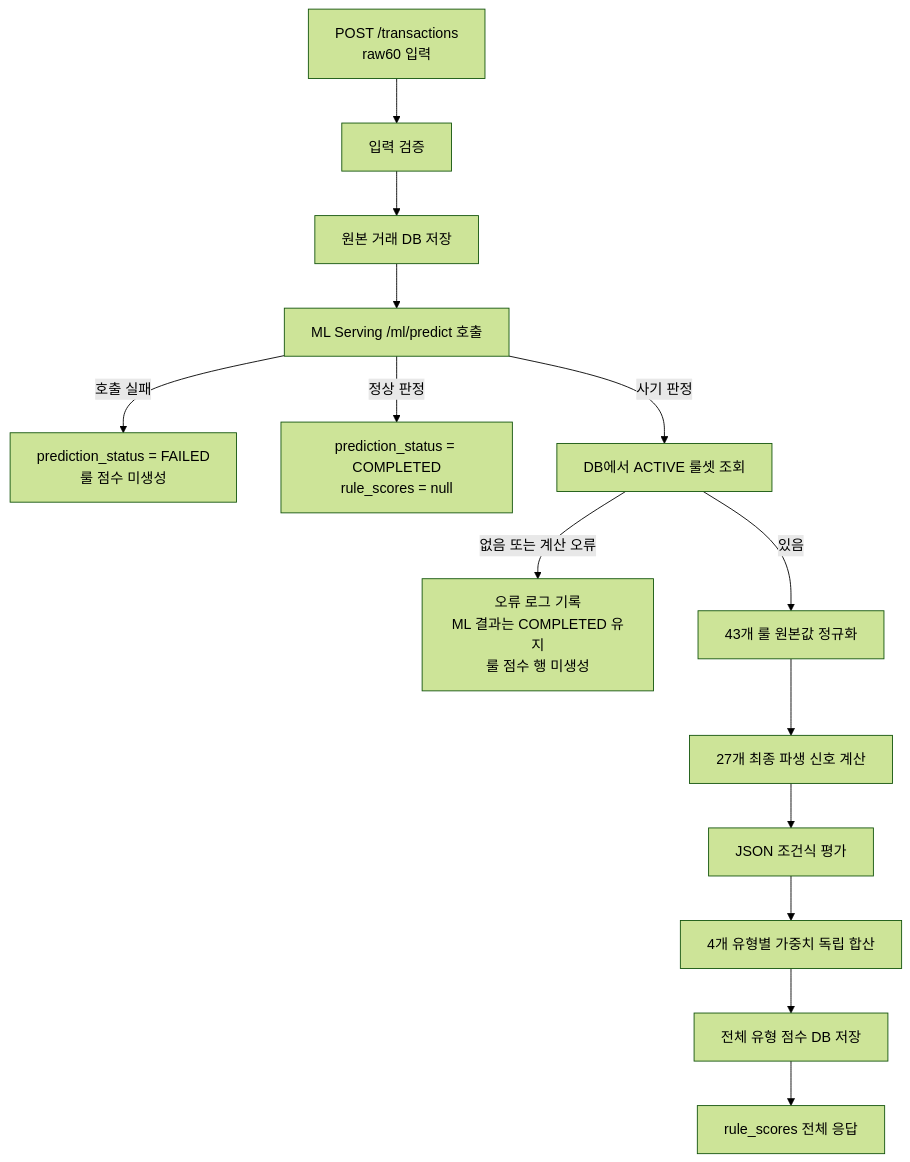
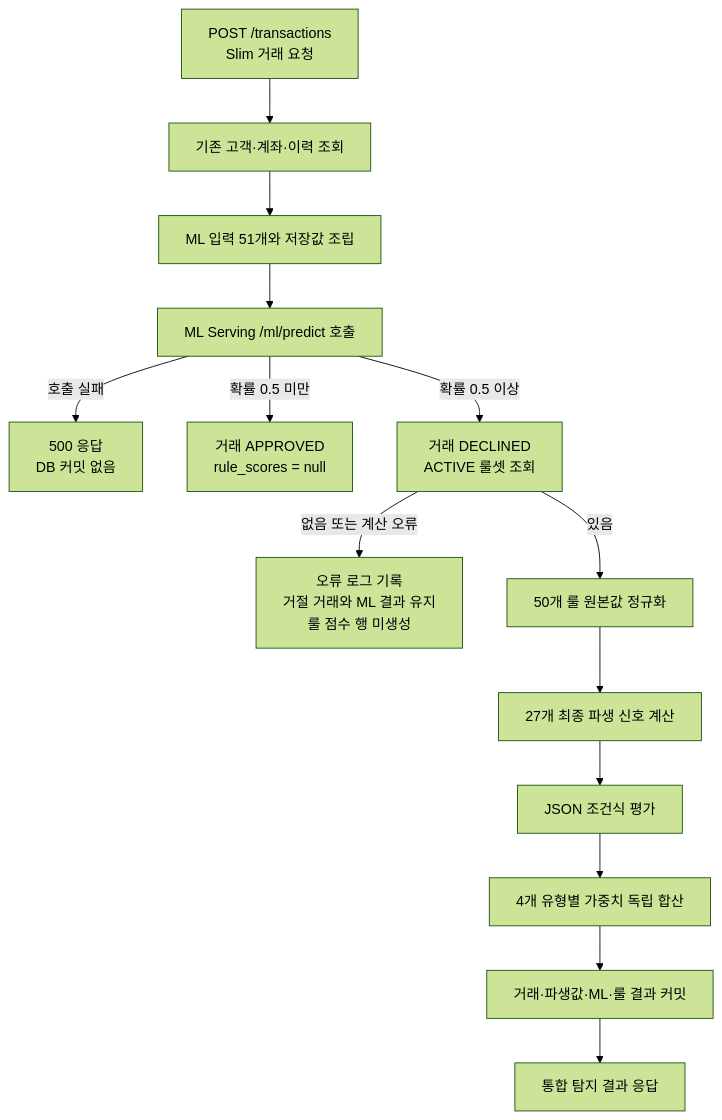
Before and after one commit to RunningMachine5/backend: the diagram in docs/fraud-rule-scoring.md, drawn with Mermaid (forest theme). The commit also changed other lines of this file, not shown here.

````diff
--- a/docs/fraud-rule-scoring.md
+++ b/docs/fraud-rule-scoring.md
@@ -16,18 +18,18 @@
 ```mermaid
 flowchart TD
-    A["POST /transactions<br/>raw60 입력"] --> B["입력 검증"]
-    B --> C["원본 거래 DB 저장"]
+    A["POST /transactions<br/>Slim 거래 요청"] --> B["기존 고객·계좌·이력 조회"]
+    B --> C["ML 입력 51개와 저장값 조립"]
     C --> D["ML Serving /ml/predict 호출"]
 
-    D -->|"호출 실패"| E["prediction_status = FAILED<br/>룰 점수 미생성"]
-    D -->|"정상 판정"| F["prediction_status = COMPLETED<br/>rule_scores = null"]
-    D -->|"사기 판정"| G["DB에서 ACTIVE 룰셋 조회"]
+    D -->|"호출 실패"| E["500 응답<br/>DB 커밋 없음"]
+    D -->|"확률 0.5 미만"| F["거래 APPROVED<br/>rule_scores = null"]
+    D -->|"확률 0.5 이상"| G["거래 DECLINED<br/>ACTIVE 룰셋 조회"]
 
-    G -->|"없음 또는 계산 오류"| H["오류 로그 기록<br/>ML 결과는 COMPLETED 유지<br/>룰 점수 행 미생성"]
-    G -->|"있음"| I["43개 룰 원본값 정규화"]
+    G -->|"없음 또는 계산 오류"| H["오류 로그 기록<br/>거절 거래와 ML 결과 유지<br/>룰 점수 행 미생성"]
+    G -->|"있음"| I["50개 룰 원본값 정규화"]
     I --> J["27개 최종 파생 신호 계산"]
     J --> K["JSON 조건식 평가"]
     K --> L["4개 유형별 가중치 독립 합산"]
-    L --> M["전체 유형 점수 DB 저장"]
-    M --> N["rule_scores 전체 응답"]
+    L --> M["거래·파생값·ML·룰 결과 커밋"]
+    M --> N["통합 탐지 결과 응답"]
 ```
````
